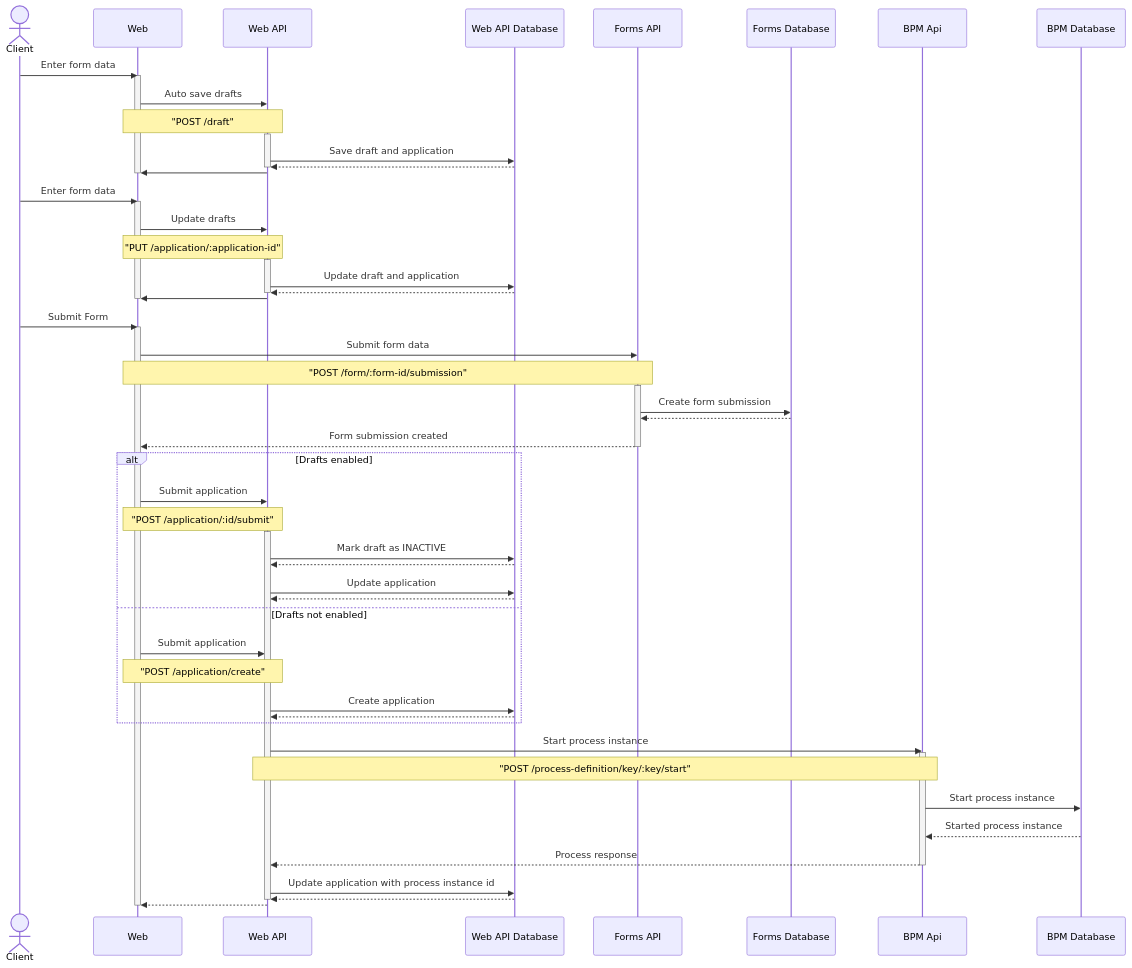
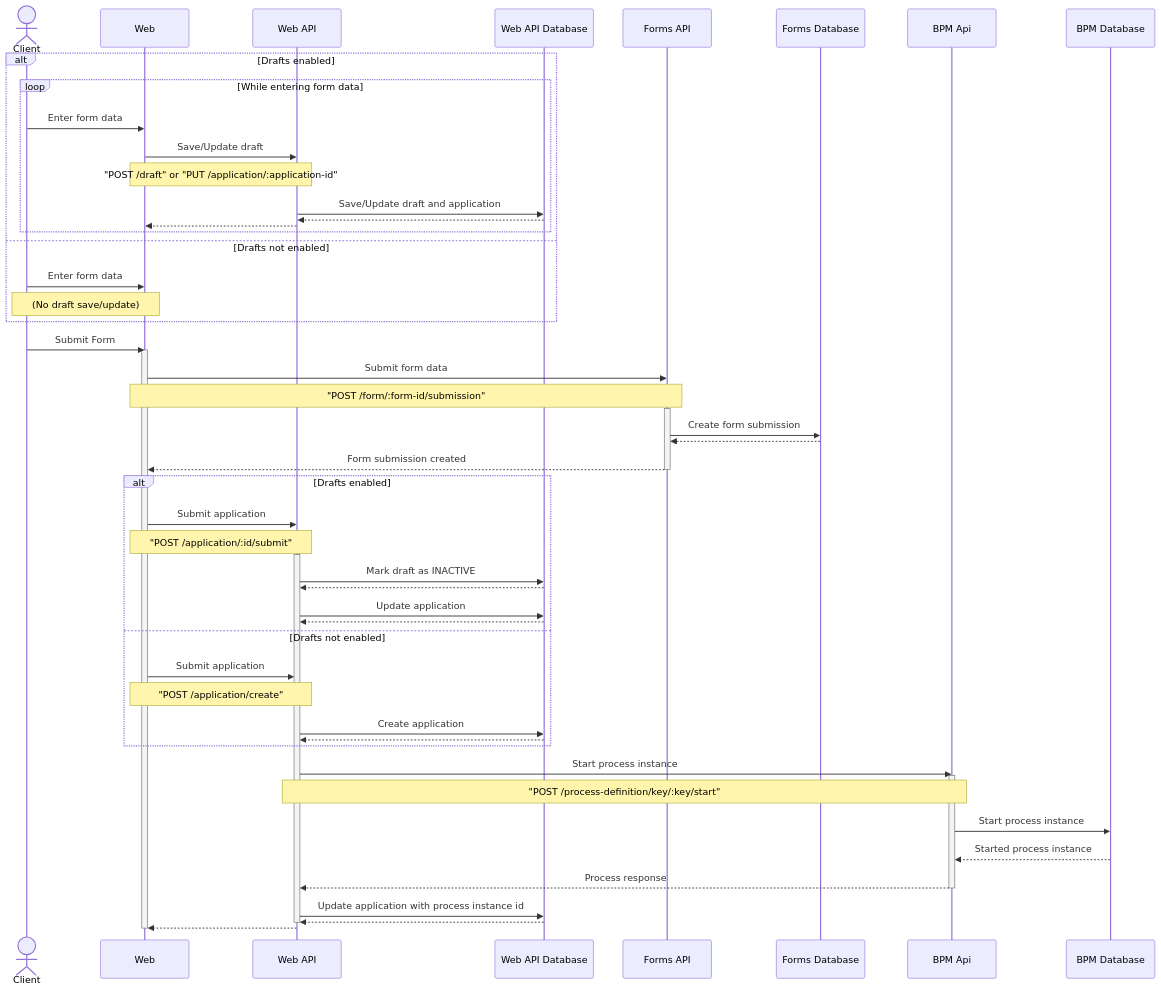
The diagram in docs/sequence-diagrams/client-flow.md (auslin-aot/forms-flow-ai), drawn with Mermaid before and after one commit.

````diff
--- a/docs/sequence-diagrams/client-flow.md
+++ b/docs/sequence-diagrams/client-flow.md
@@ -5,74 +5,67 @@
 ```mermaid
 sequenceDiagram
     actor Client as Client
     participant web as Web
     participant web-api as Web API
     participant web-api-db as Web API Database
     participant forms-api as Forms API
     participant forms-db as Forms Database
     participant bpm-api as BPM Api
     participant bpm-db as BPM Database
 
-    Client ->> web: Enter form data
-    activate web
-    web ->> web-api: Auto save drafts
-    Note over web,web-api: "POST /draft"
-    activate web-api
-    web-api ->> web-api-db: Save draft and application
-    web-api-db -->> web-api: 
-    deactivate web-api
-    web-api ->> web: 
-    deactivate web
-    Client ->> web: Enter form data
-    activate web
-    web ->> web-api: Update drafts
-    Note over web,web-api: "PUT /application/:application-id"
-    activate web-api
-    web-api ->> web-api-db: Update draft and application
-    web-api-db -->> web-api: 
-    deactivate web-api
-    web-api ->> web: 
-    deactivate web
+    alt Drafts enabled
+        loop While entering form data
+            Client ->> web: Enter form data
+            web ->> web-api: Save/Update draft
+            Note over web,web-api: "POST /draft" or "PUT /application/:application-id"
+            web-api ->> web-api-db: Save/Update draft and application
+            web-api-db -->> web-api: 
+            web-api -->> web: 
+        end
+    else Drafts not enabled
+        Client ->> web: Enter form data
+        Note over Client,web: (No draft save/update)
+    end
 
     Client ->> web: Submit Form
     activate web
     web ->> forms-api: Submit form data
     Note over web,forms-api: "POST /form/:form-id/submission"
     activate forms-api
     forms-api->>forms-db: Create form submission
     forms-db -->> forms-api: 
     forms-api -->> web: Form submission created
     deactivate forms-api
 
     alt Drafts enabled
         web ->> web-api: Submit application
         Note over web,web-api: "POST /application/:id/submit"
         activate web-api
         web-api->>web-api-db: Mark draft as INACTIVE
         web-api-db -->> web-api: 
         web-api->>web-api-db: Update application
         web-api-db -->> web-api: 
     else Drafts not enabled
         web ->> web-api: Submit application
         Note over web,web-api: "POST /application/create"
         web-api->>web-api-db: Create application
         web-api-db -->> web-api: 
     end
 
     
 
     web-api->>bpm-api: Start process instance
     activate bpm-api
     Note over web-api,bpm-api: "POST /process-definition/key/:key/start"
     bpm-api ->> bpm-db: Start process instance
     bpm-db -->> bpm-api: Started process instance
     bpm-api -->> web-api: Process response
     deactivate bpm-api
     web-api ->> web-api-db: Update application with process instance id
     web-api-db -->> web-api: 
     deactivate web-api
     web-api -->> web: 
     deactivate web
 
 
 ```
````
